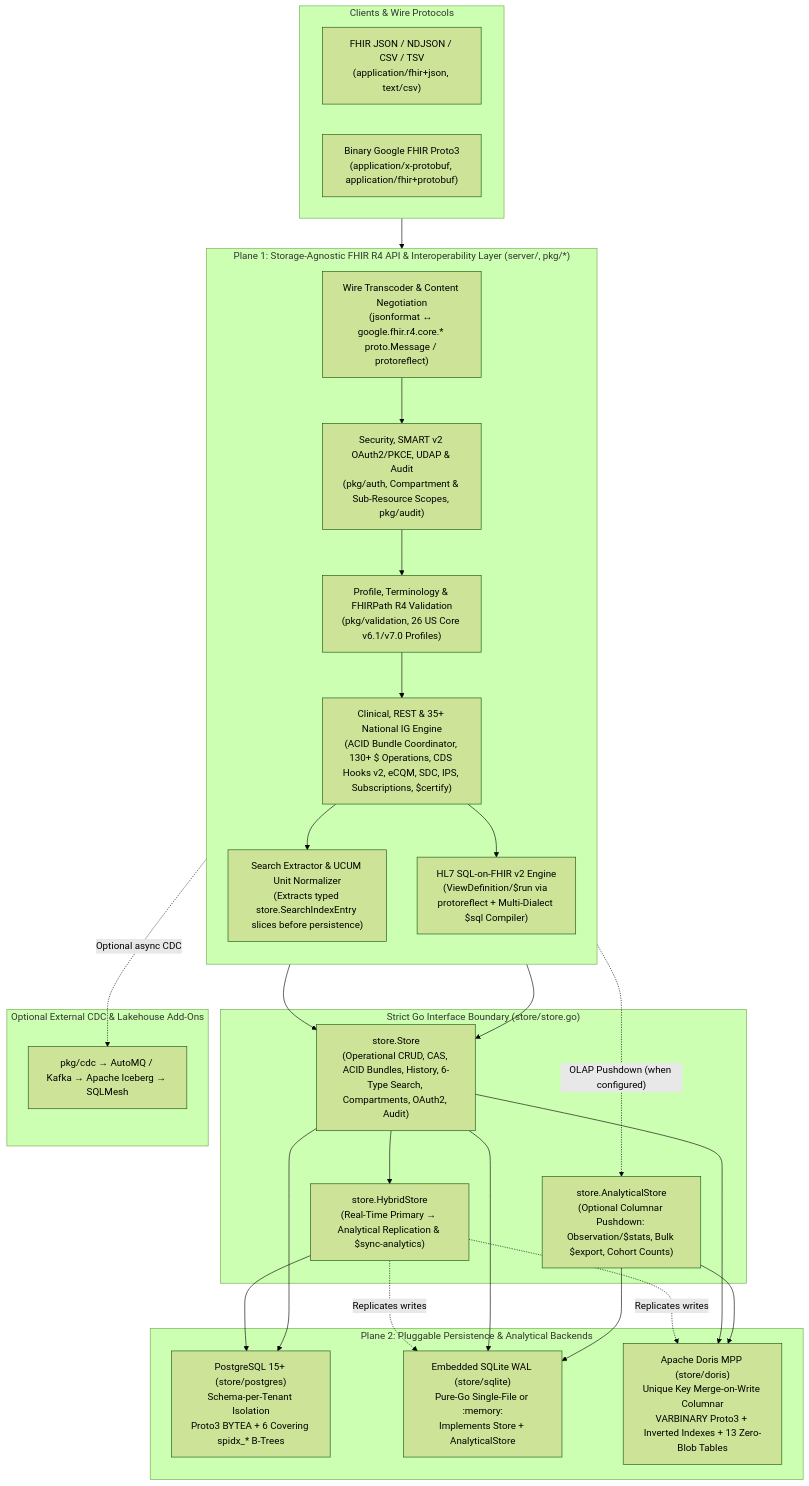
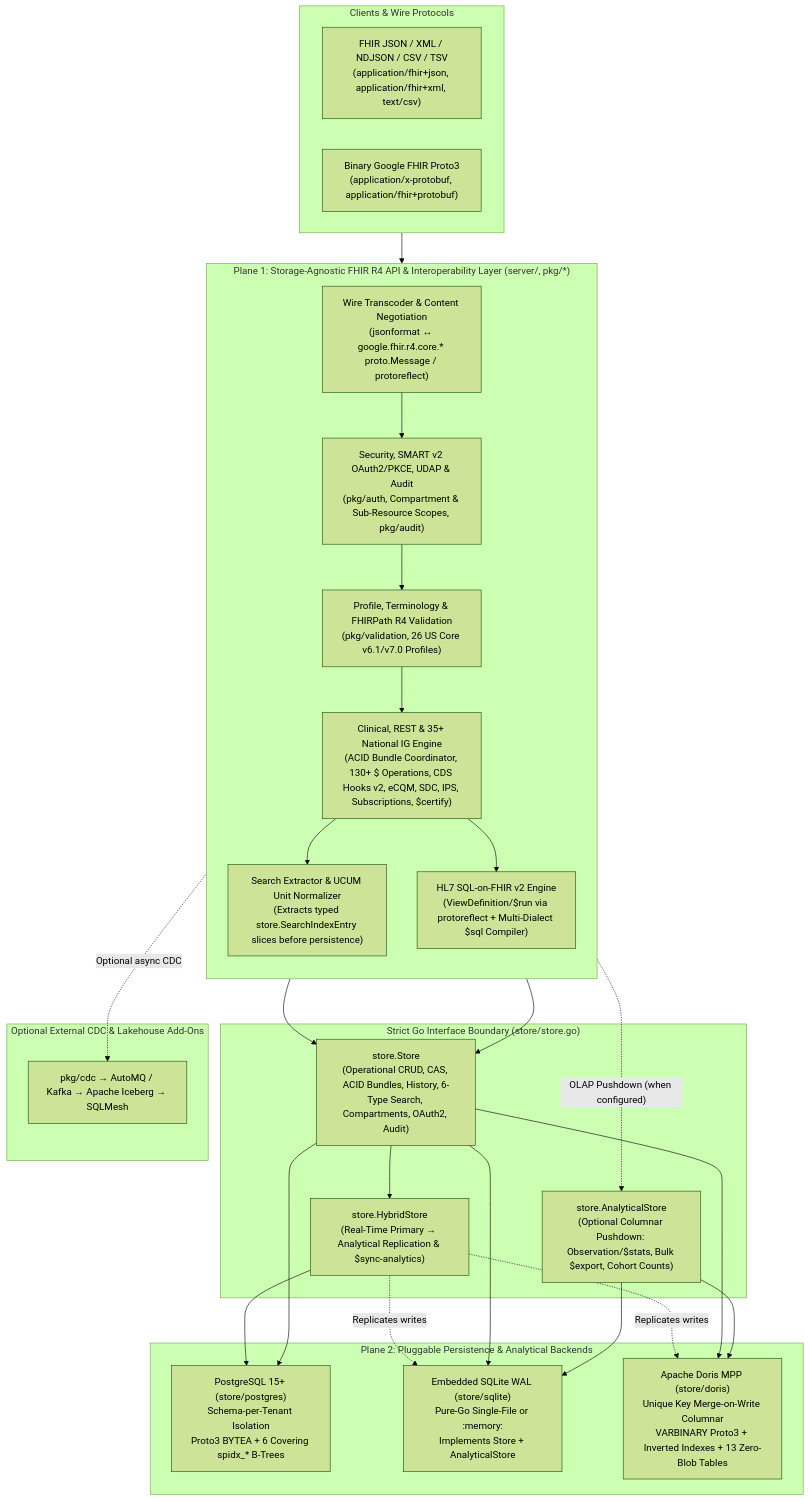
Before and after one commit to flint-fhir/flint: the diagram in docs/architecture.md, drawn with Mermaid (forest theme). The commit also changed other lines of this file and 9 other files, not shown here.

````diff
--- a/docs/architecture.md
+++ b/docs/architecture.md
@@ -14,52 +14,52 @@
 ```mermaid
 flowchart TB
   subgraph Clients["Clients & Wire Protocols"]
-    JSON["FHIR JSON / NDJSON / CSV / TSV\n(application/fhir+json, text/csv)"]
+    JSON["FHIR JSON / XML / NDJSON / CSV / TSV\n(application/fhir+json, application/fhir+xml, text/csv)"]
     PROTO["Binary Google FHIR Proto3\n(application/x-protobuf, application/fhir+protobuf)"]
   end
 
   subgraph APILayer["Plane 1: Storage-Agnostic FHIR R4 API & Interoperability Layer (server/, pkg/*)"]
     direction TB
     Wire["Wire Transcoder & Content Negotiation\n(jsonformat ↔ google.fhir.r4.core.* proto.Message / protoreflect)"]
     Auth["Security, SMART v2 OAuth2/PKCE, UDAP & Audit\n(pkg/auth, Compartment & Sub-Resource Scopes, pkg/audit)"]
     Validate["Profile, Terminology & FHIRPath R4 Validation\n(pkg/validation, 26 US Core v6.1/v7.0 Profiles)"]
     Clinical["Clinical, REST & 35+ National IG Engine\n(ACID Bundle Coordinator, 130+ $ Operations, CDS Hooks v2, eCQM, SDC, IPS, Subscriptions, $certify)"]
     Extract["Search Extractor & UCUM Unit Normalizer\n(Extracts typed store.SearchIndexEntry slices before persistence)"]
     SOF["HL7 SQL-on-FHIR v2 Engine\n(ViewDefinition/$run via protoreflect + Multi-Dialect $sql Compiler)"]
 
     Wire --> Auth --> Validate --> Clinical
     Clinical --> Extract
     Clinical --> SOF
   end
 
   subgraph Boundary["Strict Go Interface Boundary (store/store.go)"]
     StoreIF["store.Store\n(Operational CRUD, CAS, ACID Bundles, History, 6-Type Search, Compartments, OAuth2, Audit)"]
     AnalyticsIF["store.AnalyticalStore\n(Optional Columnar Pushdown: Observation/$stats, Bulk $export, Cohort Counts)"]
     Hybrid["store.HybridStore\n(Real-Time Primary → Analytical Replication & $sync-analytics)"]
   end
 
   subgraph StoragePlane["Plane 2: Pluggable Persistence & Analytical Backends"]
     PG["PostgreSQL 15+ (store/postgres)\nSchema-per-Tenant Isolation\nProto3 BYTEA + 6 Covering spidx_* B-Trees"]
     SQLite["Embedded SQLite WAL (store/sqlite)\nPure-Go Single-File or :memory:\nImplements Store + AnalyticalStore"]
     Doris["Apache Doris MPP (store/doris)\nUnique Key Merge-on-Write Columnar\nVARBINARY Proto3 + Inverted Indexes + 13 Zero-Blob Tables"]
   end
 
   subgraph AddOns["Optional External CDC & Lakehouse Add-Ons"]
     CDC["pkg/cdc → AutoMQ / Kafka → Apache Iceberg → SQLMesh"]
   end
 
   Clients --> Wire
   Extract --> StoreIF
   Clinical --> StoreIF
   Clinical -. "OLAP Pushdown (when configured)" .-> AnalyticsIF
   StoreIF --> Hybrid
   Hybrid --> PG
   Hybrid -. "Replicates writes" .-> Doris
   Hybrid -. "Replicates writes" .-> SQLite
   StoreIF --> PG
   StoreIF --> SQLite
   StoreIF --> Doris
   AnalyticsIF --> Doris
   AnalyticsIF --> SQLite
   APILayer -. "Optional async CDC" .-> CDC
 ```
````
